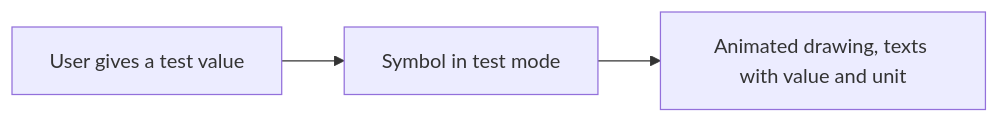
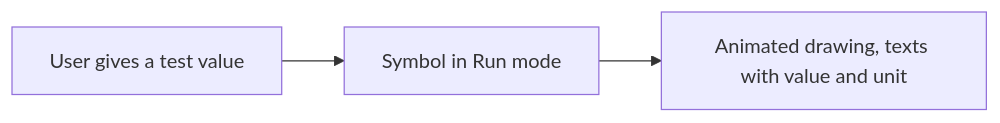
One commit to AlexandreGallais/synoptic-studio-spec changed the diagram in symbols/06-testing.md. Above: the diagram before and after it, drawn with Mermaid. The commit also changed other lines of this file and 3 other files, not shown here.

````diff
--- a/symbols/06-testing.md
+++ b/symbols/06-testing.md
@@ -16,5 +16,5 @@
 ```mermaid
 flowchart LR
-    U["User gives a test value"] --> S["Symbol in test mode"]
+    U["User gives a test value"] --> S["Symbol in Run mode"]
     S --> D["Animated drawing, texts with value and unit"]
 ```
````
